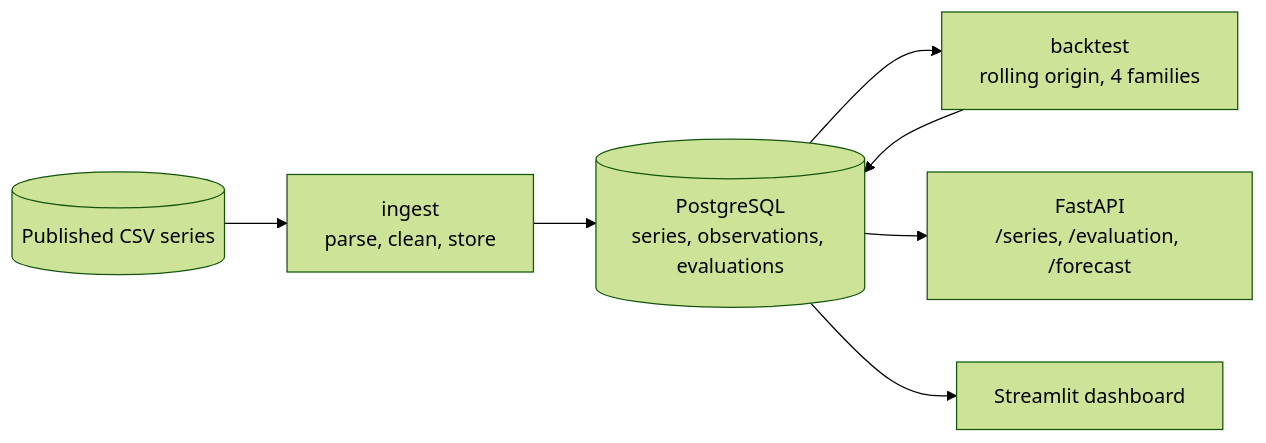
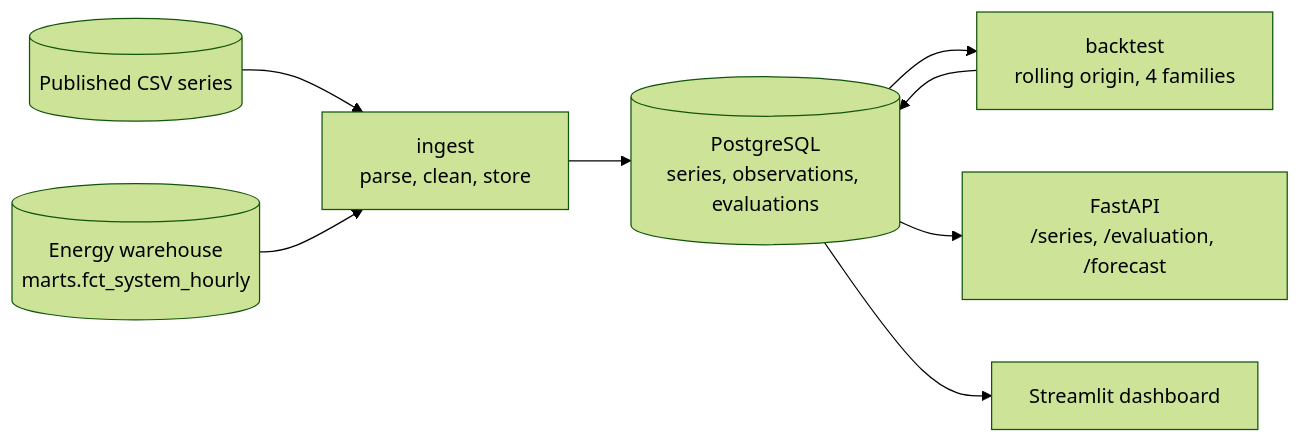
One commit to jorgeasmz/Dashboard-Forecasting changed the diagram in README.md. Above: the diagram before and after it, drawn with Mermaid (forest theme). The commit also changed other lines of this file, not shown here.

````diff
--- a/README.md
+++ b/README.md
@@ -98,9 +225,10 @@
 ```mermaid
 flowchart LR
     SRC[("Published CSV series")] --> ING["ingest<br/>parse, clean, store"]
+    WH[("Energy warehouse<br/>marts.fct_system_hourly")] --> ING
     ING --> DB[("PostgreSQL<br/>series, observations, evaluations")]
     DB --> BT["backtest<br/>rolling origin, 4 families"]
     BT --> DB
     DB --> API["FastAPI<br/>/series, /evaluation, /forecast"]
     DB --> UI["Streamlit dashboard"]
 ```
````
